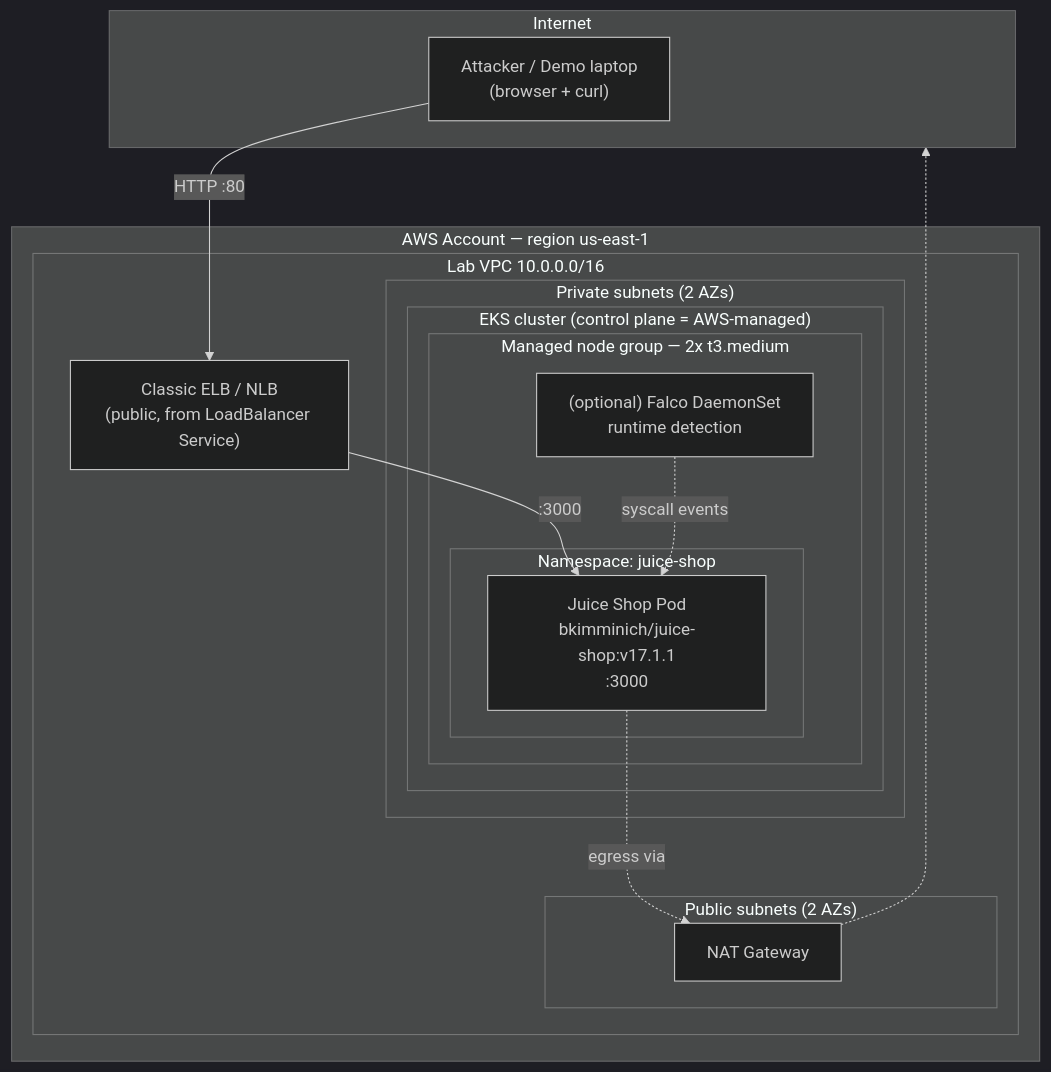
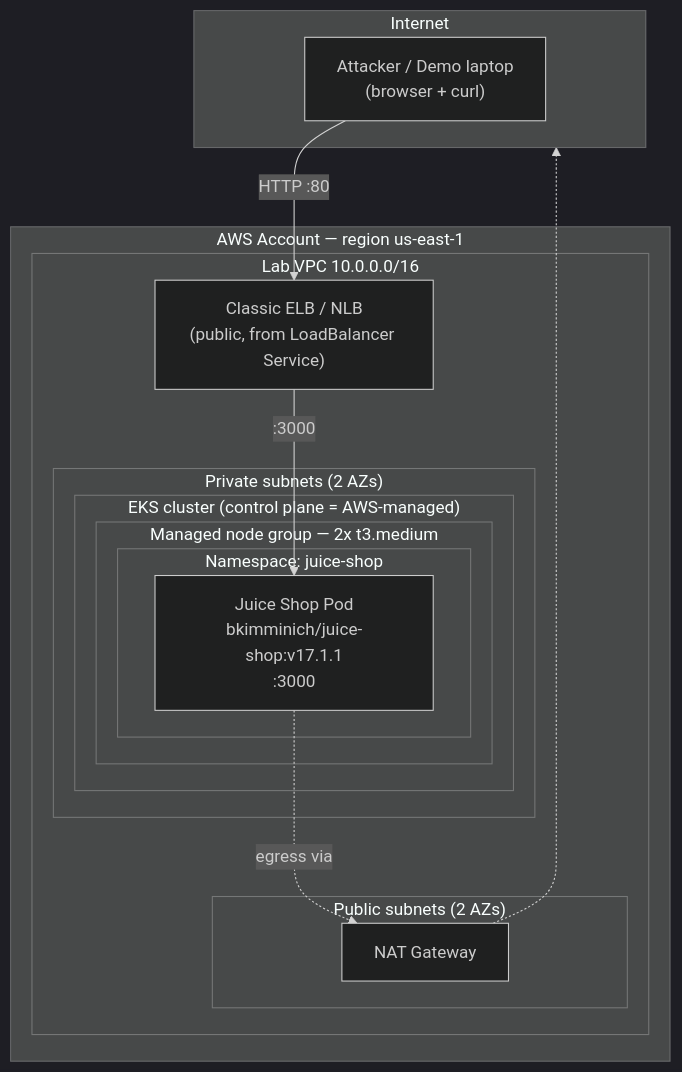
Before and after one commit to trwilson191201/Juice-shop-app: the diagram in docs/architecture.md, drawn with Mermaid (dark theme). The commit also changed other lines of this file and 13 other files, not shown here.

First line of the commit message:
Move Falco from lab baseline to secure-architecture recommendations

````diff
--- a/docs/architecture.md
+++ b/docs/architecture.md
@@ -5,33 +5,31 @@
 ```mermaid
 flowchart TB
     subgraph Internet
         Attacker["Attacker / Demo laptop<br/>(browser + curl)"]
     end
 
     subgraph AWS["AWS Account — region us-east-1"]
         subgraph VPC["Lab VPC 10.0.0.0/16"]
             ELB["Classic ELB / NLB<br/>(public, from LoadBalancer Service)"]
 
             subgraph Public["Public subnets (2 AZs)"]
                 NAT["NAT Gateway"]
             end
 
             subgraph Private["Private subnets (2 AZs)"]
                 subgraph EKS["EKS cluster (control plane = AWS-managed)"]
                     subgraph NG["Managed node group — 2x t3.medium"]
                         subgraph NS["Namespace: juice-shop"]
                             Pod["Juice Shop Pod<br/>bkimminich/juice-shop:v17.1.1<br/>:3000"]
                         end
-                        Falco["(optional) Falco DaemonSet<br/>runtime detection"]
                     end
                 end
             end
         end
     end
 
     Attacker -->|HTTP :80| ELB
     ELB -->|:3000| Pod
     Pod -.->|egress via| NAT
     NAT -.-> Internet
-    Falco -.->|syscall events| Pod
 ```
````
